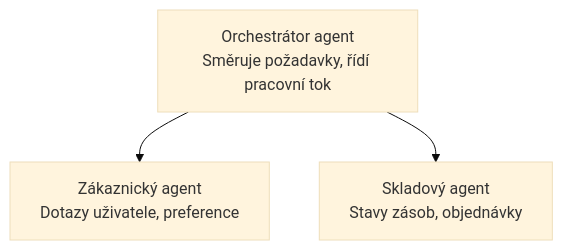
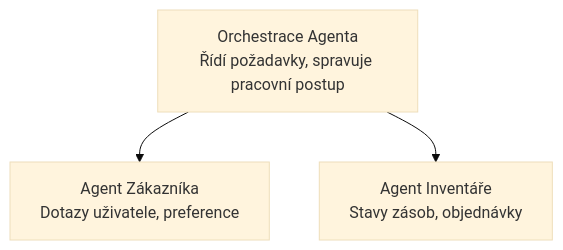
Before and after one commit to microsoft/AZD-for-beginners: the diagram in translations/cs/docs/chapter-05-multi-agent/README.md, drawn with Mermaid (base theme). The commit also changed other lines of this file and 61 other files, not shown here.

````diff
--- a/translations/cs/docs/chapter-05-multi-agent/README.md
+++ b/translations/cs/docs/chapter-05-multi-agent/README.md
@@ -54,5 +54,5 @@
 ```mermaid
 graph TD
-    Orchestrator[Orchestrátor agent<br/>Směruje požadavky, řídí pracovní tok] --> Customer[Zákaznický agent<br/>Dotazy uživatele, preference]
-    Orchestrator --> Inventory[Skladový agent<br/>Stavy zásob, objednávky]
+    Orchestrator[Orchestrace Agenta<br/>Řídí požadavky, spravuje pracovní postup] --> Customer[Agent Zákazníka<br/>Dotazy uživatele, preference]
+    Orchestrator --> Inventory[Agent Inventáře<br/>Stavy zásob, objednávky]
 ```
````
